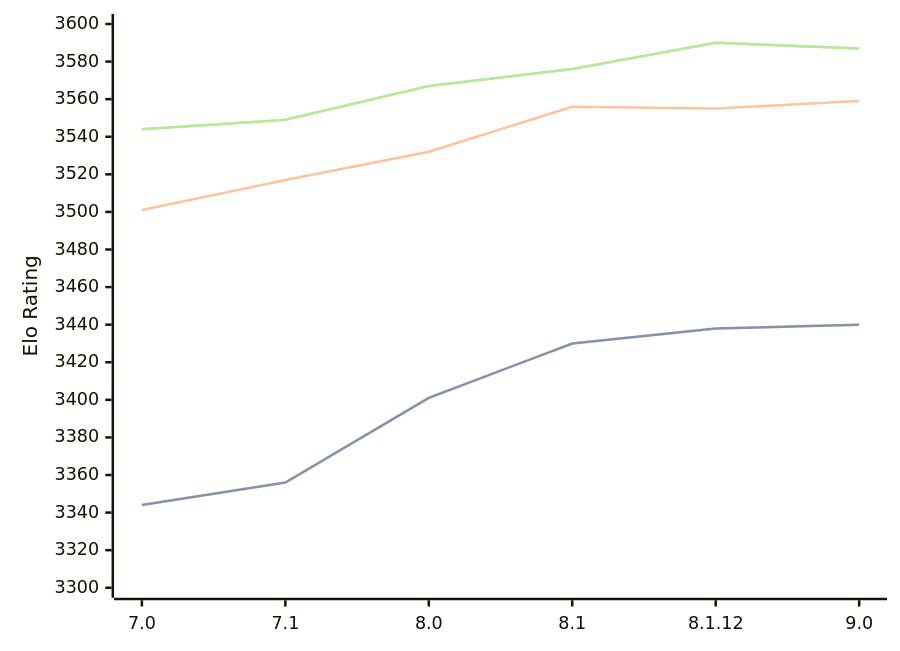
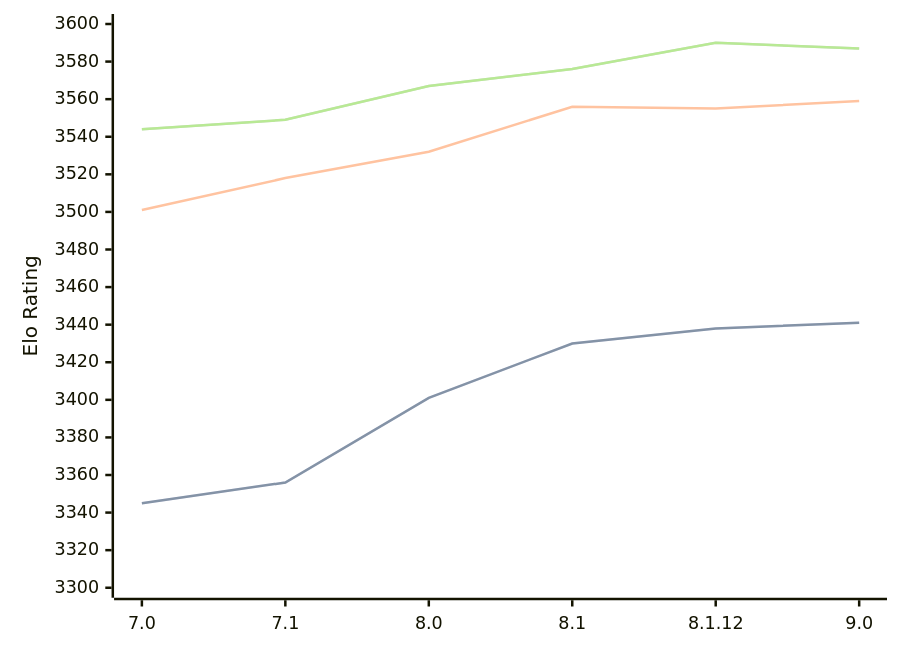
The diagram in engines/Alexandria.md (computer-chess-index/cci), drawn with Mermaid before and after one commit. The commit also changed other lines of this file, not shown here.

````diff
--- a/engines/Alexandria.md
+++ b/engines/Alexandria.md
@@ -37,11 +37,11 @@
 ```mermaid
 %%{init: {"theme":"base","themeVariables":{"seriesColors:['#a3a3a3','#222221','#faa371']}}}%%
 xychart-beta
   x-axis ["7.0", "7.1", "8.0", "8.1", "8.1.12", "9.0"]
   y-axis "Elo Rating" 3300 --> 3600
-  line "" [3344, 3356, 3401, 3430, 3438, 3440]
-  line "STC (8.0+0.08s)" [3344, 3356, 3401, 3430, 3438, 3440]
-  line "LTC (60.0+0.60s)" [3501, 3517, 3532, 3556, 3555, 3559]
+  line "" [3345, 3356, 3401, 3430, 3438, 3441]
+  line "STC (8.0+0.08s)" [3345, 3356, 3401, 3430, 3438, 3441]
+  line "LTC (60.0+0.60s)" [3501, 3518, 3532, 3556, 3555, 3559]
   line "" [3544, 3549, 3567, 3576, 3590, 3587]
   line "VLTC (2m24s+1.12s)" [3544, 3549, 3567, 3576, 3590, 3587]
 ```
````
